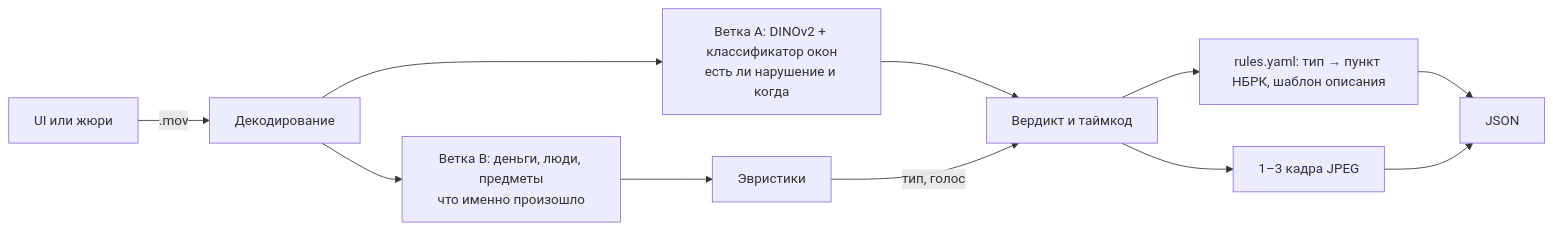
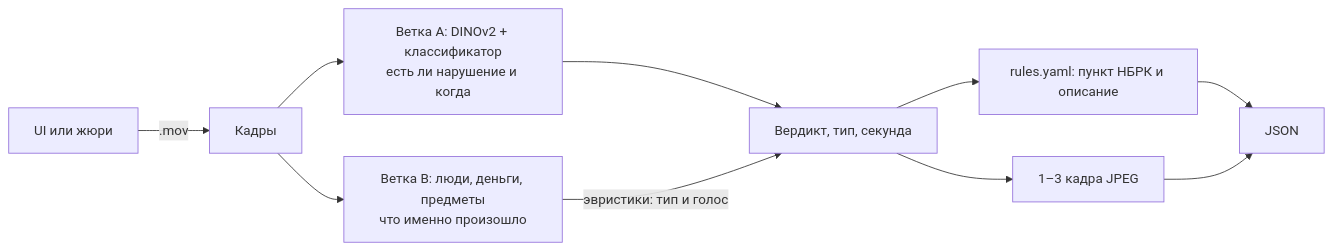
The diagram in README.md (M1kado0/forte-datathon), drawn with Mermaid before and after one commit. The commit also changed other lines of this file, not shown here.

````diff
--- a/README.md
+++ b/README.md
@@ -88,13 +96,12 @@
 ```mermaid
 flowchart LR
-    U["UI или жюри"] -->|.mov| V["Декодирование"]
-    V --> A["Ветка A: DINOv2 + классификатор окон<br/>есть ли нарушение и когда"]
-    V --> B["Ветка B: деньги, люди, предметы<br/>что именно произошло"]
-    B --> H["Эвристики"]
-    A --> M["Вердикт и таймкод"]
-    H -->|тип, голос| M
-    M --> R["rules.yaml: тип → пункт НБРК, шаблон описания"]
+    U["UI или жюри"] -->|.mov| V["Кадры"]
+    V --> A["Ветка A: DINOv2 + классификатор<br/>есть ли нарушение и когда"]
+    V --> B["Ветка B: люди, деньги, предметы<br/>что именно произошло"]
+    A --> M["Вердикт, тип, секунда"]
+    B -->|эвристики: тип и голос| M
+    M --> R["rules.yaml: пункт НБРК и описание"]
     M --> E["1–3 кадра JPEG"]
     R --> O["JSON"]
     E --> O
 ```
````
